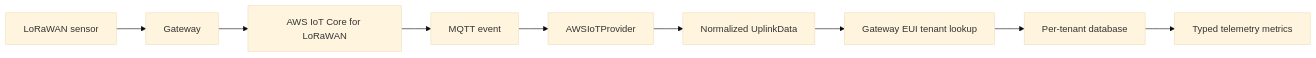
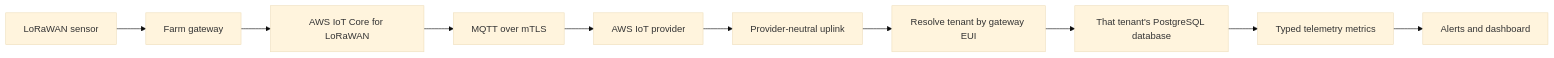
Before and after one commit to xDarkzx/iot-saas-portfolio: the diagram in README.md, drawn with Mermaid (base theme). The commit also changed other lines of this file, not shown here.

````diff
--- a/README.md
+++ b/README.md
@@ -9,11 +13,12 @@
 ```mermaid
 flowchart LR
-    S[LoRaWAN sensor] --> G[Gateway]
+    S[LoRaWAN sensor] --> G[Farm gateway]
     G --> A[AWS IoT Core for LoRaWAN]
-    A --> M[MQTT event]
-    M --> P[AWSIoTProvider]
-    P --> U[Normalized UplinkData]
-    U --> R[Gateway EUI tenant lookup]
-    R --> T[Per-tenant database]
+    A --> M[MQTT over mTLS]
+    M --> P[AWS IoT provider]
+    P --> U[Provider-neutral uplink]
+    U --> R[Resolve tenant by gateway EUI]
+    R --> T[That tenant's PostgreSQL database]
     T --> D[Typed telemetry metrics]
+    D --> X[Alerts and dashboard]
 ```
````
